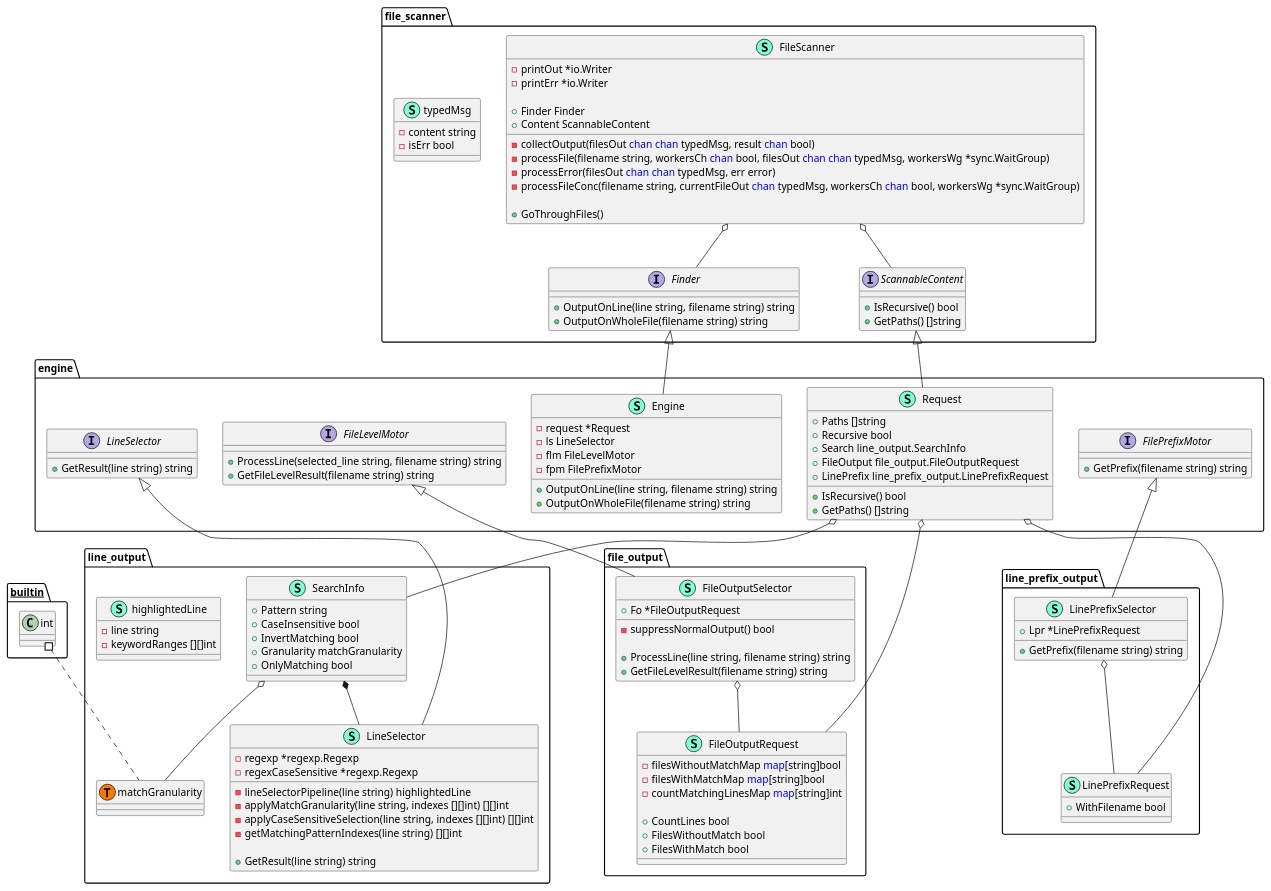
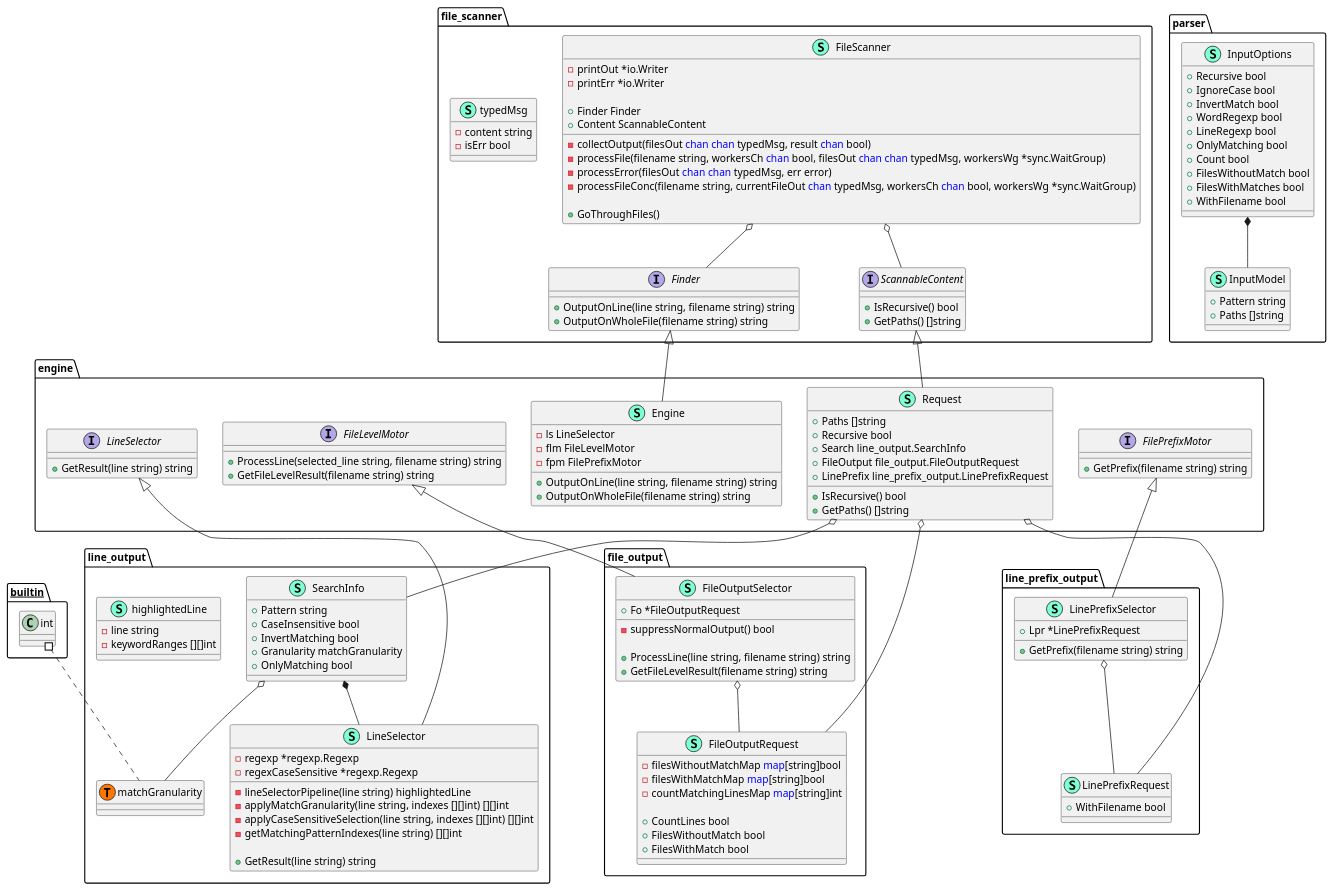
One commit to cmenseau/learning_go changed the diagram in 1_grep_like_tool/img/classdiagram.puml. Above: the diagram before and after it, drawn with PlantUML. The commit also changed 1 other file, not shown here.

Commit message:
update diagram

```diff
--- a/1_grep_like_tool/img/classdiagram.puml
+++ b/1_grep_like_tool/img/classdiagram.puml
@@ -1,162 +1,185 @@
 @startuml
 namespace engine {
     class Engine << (S,Aquamarine) >> {
-        - request *Request
         - ls LineSelector
         - flm FileLevelMotor
         - fpm FilePrefixMotor
 
         + OutputOnLine(line string, filename string) string
         + OutputOnWholeFile(filename string) string
 
     }
     interface FileLevelMotor  {
         + ProcessLine(selected_line string, filename string) string
         + GetFileLevelResult(filename string) string
 
     }
     interface FilePrefixMotor  {
         + GetPrefix(filename string) string
 
     }
     interface LineSelector  {
         + GetResult(line string) string
 
     }
     class Request << (S,Aquamarine) >> {
         + Paths []string
         + Recursive bool
         + Search line_output.SearchInfo
         + FileOutput file_output.FileOutputRequest
         + LinePrefix line_prefix_output.LinePrefixRequest
 
         + IsRecursive() bool
         + GetPaths() []string
 
     }
 }
 
 "file_scanner.Finder" <|-- "engine.Engine"
 "file_scanner.ScannableContent" <|-- "engine.Request"
 
 "engine.Request" o-- "file_output.FileOutputRequest"
 "engine.Request" o-- "line_output.SearchInfo"
 "engine.Request" o-- "line_prefix_output.LinePrefixRequest"
 
 namespace file_output {
     class FileOutputRequest << (S,Aquamarine) >> {
         - filesWithoutMatchMap <font color=blue>map</font>[string]bool
         - filesWithMatchMap <font color=blue>map</font>[string]bool
         - countMatchingLinesMap <font color=blue>map</font>[string]int
 
         + CountLines bool
         + FilesWithoutMatch bool
         + FilesWithMatch bool
 
     }
     class FileOutputSelector << (S,Aquamarine) >> {
         + Fo *FileOutputRequest
 
         - suppressNormalOutput() bool
 
         + ProcessLine(line string, filename string) string
         + GetFileLevelResult(filename string) string
 
     }
 }
 
 "engine.FileLevelMotor" <|-- "file_output.FileOutputSelector"
 
 "file_output.FileOutputSelector" o-- "file_output.FileOutputRequest"
 
 namespace file_scanner {
     class FileScanner << (S,Aquamarine) >> {
         - printOut *io.Writer
         - printErr *io.Writer
 
         + Finder Finder
         + Content ScannableContent
 
         - collectOutput(filesOut <font color=blue>chan</font> <font color=blue>chan</font> typedMsg, result <font color=blue>chan</font> bool) 
         - processFile(filename string, workersCh <font color=blue>chan</font> bool, filesOut <font color=blue>chan</font> <font color=blue>chan</font> typedMsg, workersWg *sync.WaitGroup) 
         - processError(filesOut <font color=blue>chan</font> <font color=blue>chan</font> typedMsg, err error) 
         - processFileConc(filename string, currentFileOut <font color=blue>chan</font> typedMsg, workersCh <font color=blue>chan</font> bool, workersWg *sync.WaitGroup) 
 
         + GoThroughFiles() 
 
     }
     interface Finder  {
         + OutputOnLine(line string, filename string) string
         + OutputOnWholeFile(filename string) string
 
     }
     interface ScannableContent  {
         + IsRecursive() bool
         + GetPaths() []string
 
     }
     class typedMsg << (S,Aquamarine) >> {
         - content string
         - isErr bool
 
     }
 }
 
 
 "file_scanner.FileScanner" o-- "file_scanner.Finder"
 "file_scanner.FileScanner" o-- "file_scanner.ScannableContent"
 
 namespace line_output {
     class LineSelector << (S,Aquamarine) >> {
         - regexp *regexp.Regexp
         - regexCaseSensitive *regexp.Regexp
 
         - lineSelectorPipeline(line string) highlightedLine
         - applyMatchGranularity(line string, indexes [][]int) [][]int
         - applyCaseSensitiveSelection(line string, indexes [][]int) [][]int
         - getMatchingPatternIndexes(line string) [][]int
 
         + GetResult(line string) string
 
     }
     class SearchInfo << (S,Aquamarine) >> {
         + Pattern string
         + CaseInsensitive bool
         + InvertMatching bool
         + Granularity matchGranularity
         + OnlyMatching bool
 
     }
     class highlightedLine << (S,Aquamarine) >> {
         - line string
         - keywordRanges [][]int
 
     }
     class line_output.matchGranularity << (T, #FF7700) >>  {
     }
 }
 "line_output.SearchInfo" *-- "line_output.LineSelector"
 
 "engine.LineSelector" <|-- "line_output.LineSelector"
 
 "line_output.SearchInfo" o-- "line_output.matchGranularity"
 
 namespace line_prefix_output {
     class LinePrefixRequest << (S,Aquamarine) >> {
         + WithFilename bool
 
     }
     class LinePrefixSelector << (S,Aquamarine) >> {
         + Lpr *LinePrefixRequest
 
         + GetPrefix(filename string) string
 
     }
 }
 
 "engine.FilePrefixMotor" <|-- "line_prefix_output.LinePrefixSelector"
 
 "line_prefix_output.LinePrefixSelector" o-- "line_prefix_output.LinePrefixRequest"
 
+namespace parser {
+    class InputModel << (S,Aquamarine) >> {
+        + Pattern string
+        + Paths []string
+
+    }
+    class InputOptions << (S,Aquamarine) >> {
+        + Recursive bool
+        + IgnoreCase bool
+        + InvertMatch bool
+        + WordRegexp bool
+        + LineRegexp bool
+        + OnlyMatching bool
+        + Count bool
+        + FilesWithoutMatch bool
+        + FilesWithMatches bool
+        + WithFilename bool
+
+    }
+}
+"parser.InputOptions" *-- "parser.InputModel"
+
+
+
 "__builtin__.int" #.. "line_output.matchGranularity"
 @enduml
```
